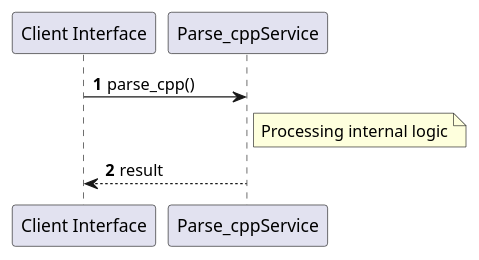
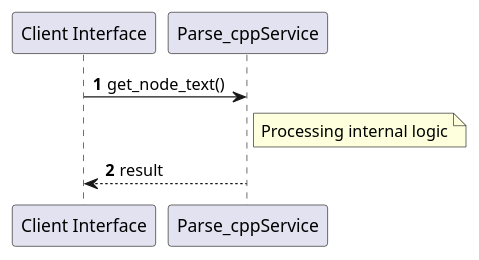
One commit to lgcorzo/rust_CACD_autonomous_factory changed the second of 2 diagrams in openwiki/parse_cpp.md. Above: the diagram before and after it, drawn with PlantUML. The commit also changed other lines of this file and 100 other files, not shown here.

````diff
--- a/openwiki/parse_cpp.md
+++ b/openwiki/parse_cpp.md
@@ -58,11 +61,11 @@
 ```plantuml
 @startuml
 autonumber
 participant "Client Interface" as Caller
 participant "Parse_cppService" as Svc
-Caller -> Svc: parse_cpp()
+Caller -> Svc: get_node_text()
 note right of Svc: Processing internal logic
 Svc --> Caller: result
 @enduml
 
 ```
````
